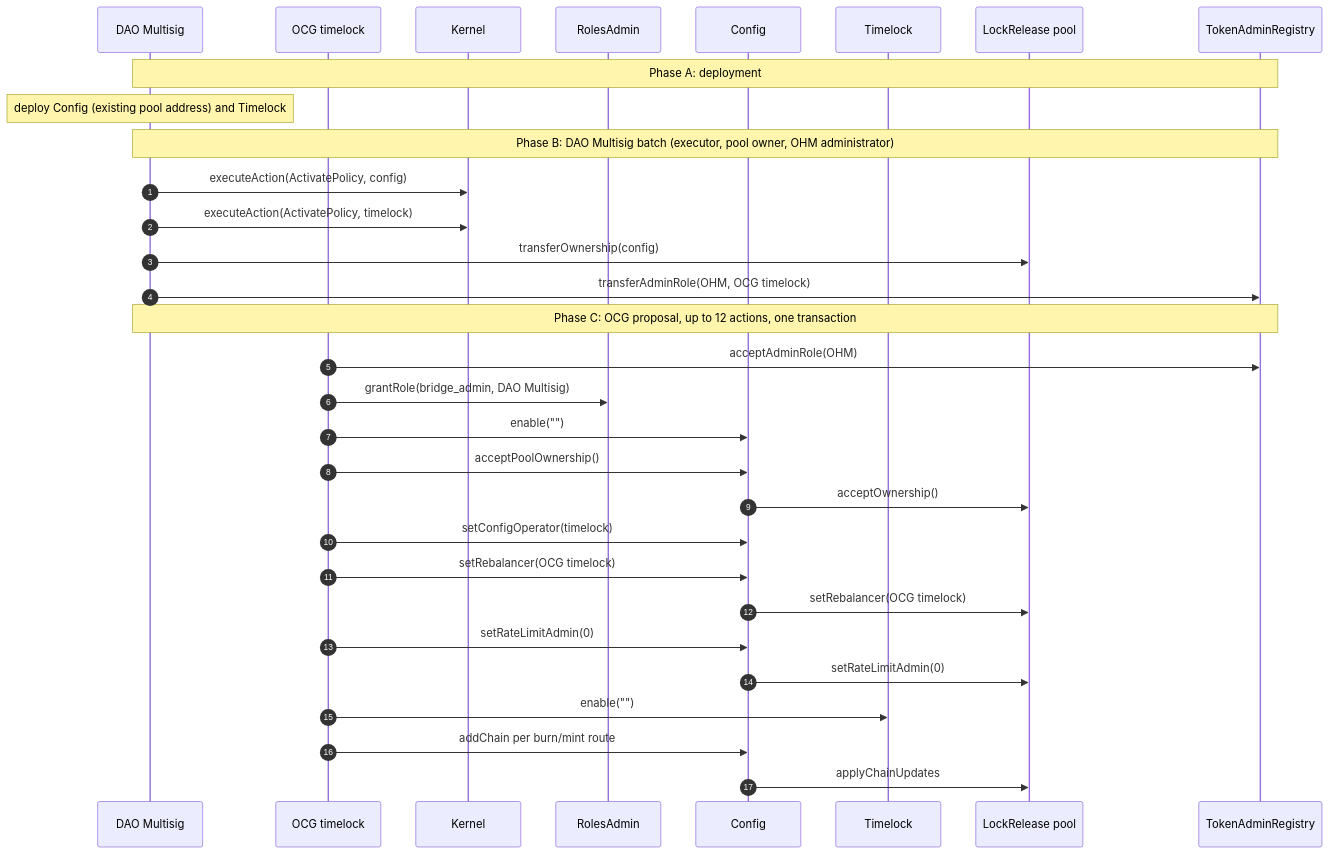
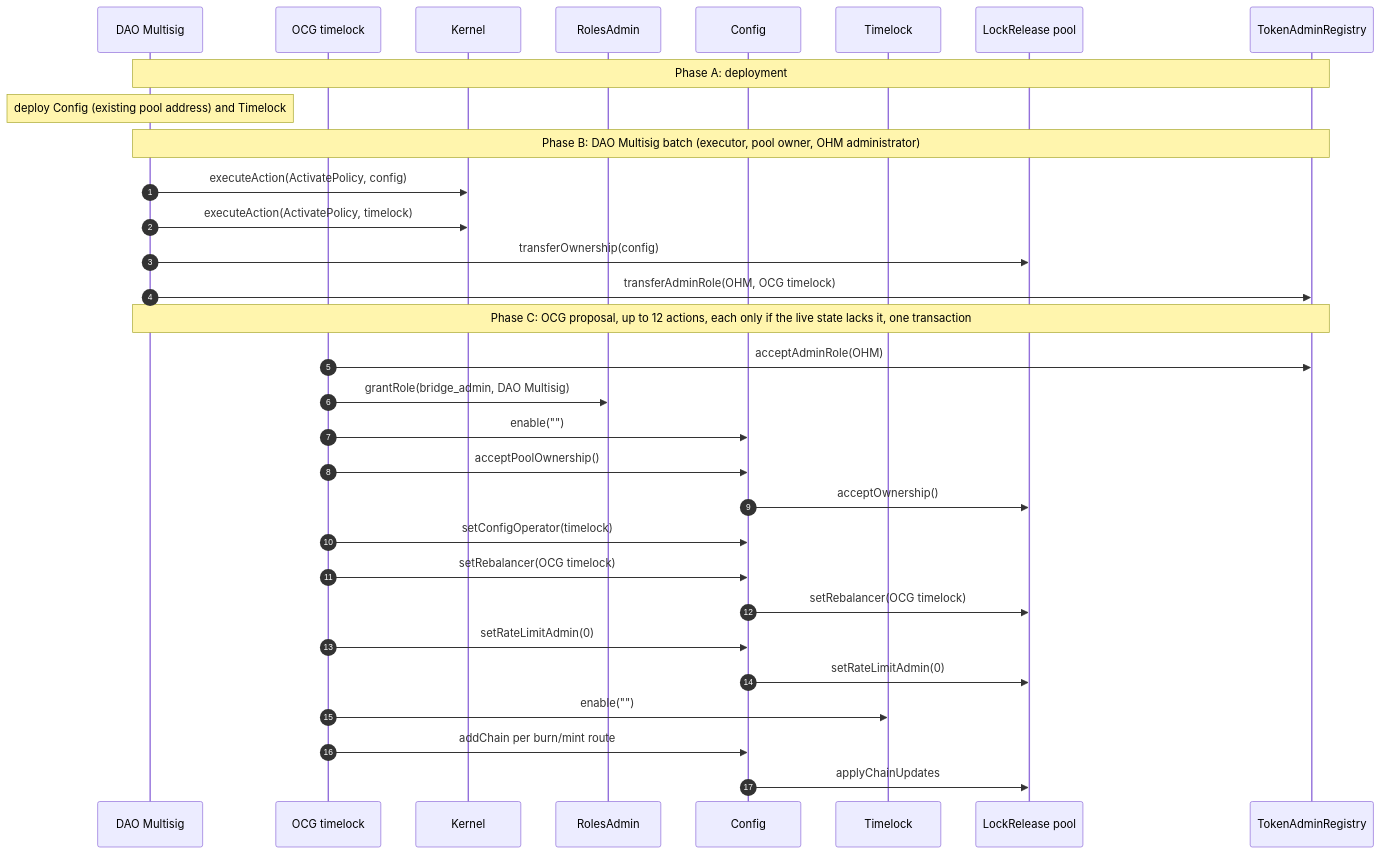
The second of 7 diagrams in documentation/bridge/ccip/MIGRATION.md (OlympusDAO/olympus-v3), drawn with Mermaid before and after one commit. The commit also changed other lines of this file and 2 other files, not shown here.

Commit message:
docs(ccip): update the operator's runbook, access matrix and migration diagrams

````diff
--- a/documentation/bridge/ccip/MIGRATION.md
+++ b/documentation/bridge/ccip/MIGRATION.md
@@ -24,36 +24,36 @@
 ```mermaid
 sequenceDiagram
     autonumber
     participant DAO as DAO Multisig
     participant OCG as OCG timelock
     participant K as Kernel
     participant RA as RolesAdmin
     participant C as Config
     participant T as Timelock
     participant P as LockRelease pool
     participant REG as TokenAdminRegistry
 
     Note over DAO,REG: Phase A: deployment
     Note over DAO: deploy Config (existing pool address) and Timelock
 
     Note over DAO,REG: Phase B: DAO Multisig batch (executor, pool owner, OHM administrator)
     DAO->>K: executeAction(ActivatePolicy, config)
     DAO->>K: executeAction(ActivatePolicy, timelock)
     DAO->>P: transferOwnership(config)
     DAO->>REG: transferAdminRole(OHM, OCG timelock)
 
-    Note over DAO,REG: Phase C: OCG proposal, up to 12 actions, one transaction
+    Note over DAO,REG: Phase C: OCG proposal, up to 12 actions, each only if the live state lacks it, one transaction
     OCG->>REG: acceptAdminRole(OHM)
     OCG->>RA: grantRole(bridge_admin, DAO Multisig)
     OCG->>C: enable("")
     OCG->>C: acceptPoolOwnership()
     C->>P: acceptOwnership()
     OCG->>C: setConfigOperator(timelock)
     OCG->>C: setRebalancer(OCG timelock)
     C->>P: setRebalancer(OCG timelock)
     OCG->>C: setRateLimitAdmin(0)
     C->>P: setRateLimitAdmin(0)
     OCG->>T: enable("")
     OCG->>C: addChain per burn/mint route
     C->>P: applyChainUpdates
 ```
````
